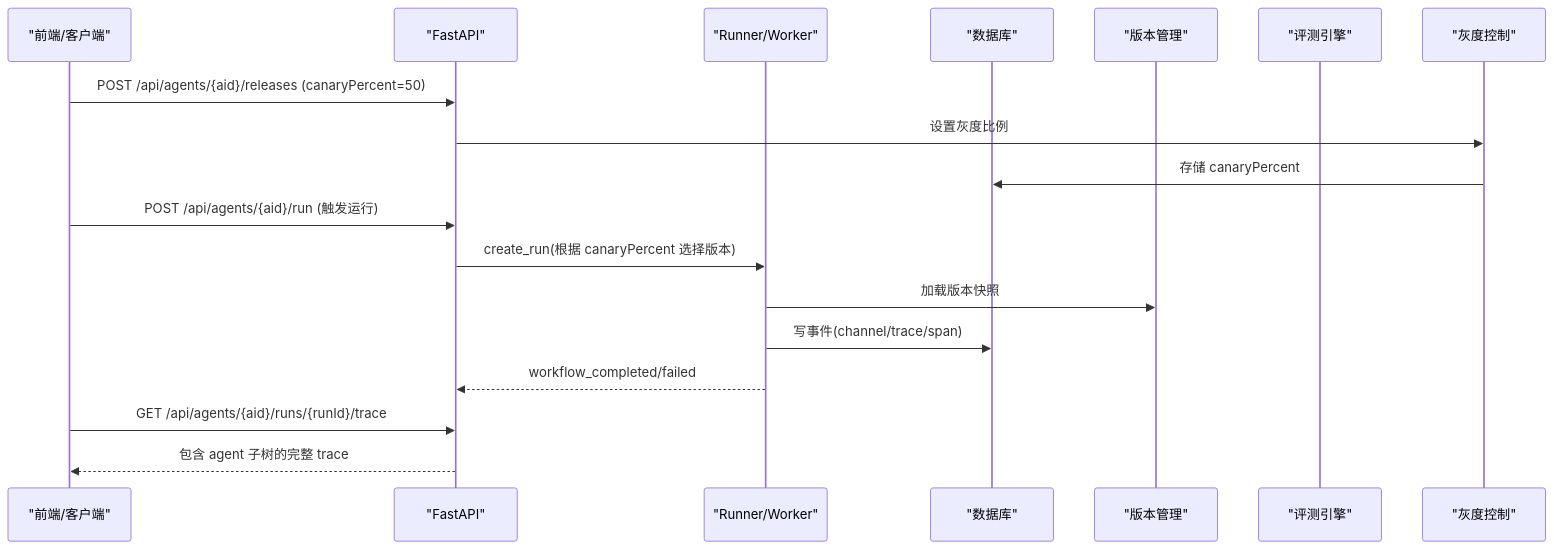
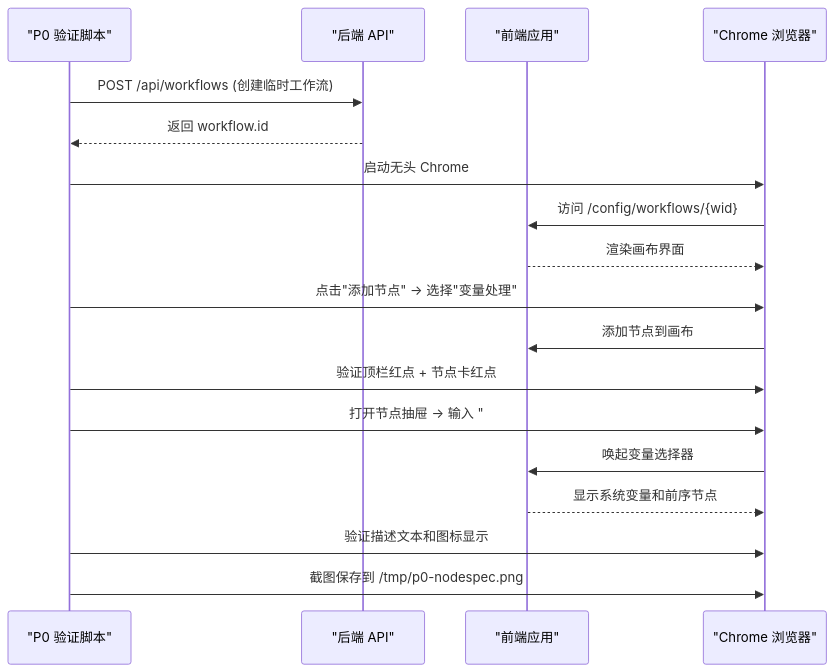
The second of 2 diagrams in .qoder/repowiki/zh/content/测试与验证体系.md (huiliuxu780/MoreThanCorn), drawn with Mermaid before and after one commit. The commit also changed other lines of this file and 53 other files, not shown here.

````diff
--- a/.qoder/repowiki/zh/content/测试与验证体系.md
+++ b/.qoder/repowiki/zh/content/测试与验证体系.md
@@ -214,20 +229,20 @@
 ```mermaid
 sequenceDiagram
-participant FE as "前端/客户端"
-participant API as "FastAPI"
-participant RUN as "Runner/Worker"
-participant DB as "数据库"
-participant VER as "版本管理"
-participant EVAL as "评测引擎"
-participant CANARY as "灰度控制"
-FE->>API : POST /api/agents/{aid}/releases (canaryPercent=50)
-API->>CANARY : 设置灰度比例
-CANARY->>DB : 存储 canaryPercent
-FE->>API : POST /api/agents/{aid}/run (触发运行)
-API->>RUN : create_run(根据 canaryPercent 选择版本)
-RUN->>VER : 加载版本快照
-RUN->>DB : 写事件(channel/trace/span)
-RUN-->>API : workflow_completed/failed
-FE->>API : GET /api/agents/{aid}/runs/{runId}/trace
-API-->>FE : 包含 agent 子树的完整 trace
+participant NP as "P0 验证脚本"
+participant API as "后端 API"
+participant FE as "前端应用"
+participant CHROME as "Chrome 浏览器"
+NP->>API : POST /api/workflows (创建临时工作流)
+API-->>NP : 返回 workflow.id
+NP->>CHROME : 启动无头 Chrome
+CHROME->>FE : 访问 /config/workflows/{wid}
+FE-->>CHROME : 渲染画布界面
+NP->>CHROME : 点击"添加节点" → 选择"变量处理"
+CHROME->>FE : 添加节点到画布
+NP->>CHROME : 验证顶栏红点 + 节点卡红点
+NP->>CHROME : 打开节点抽屉 → 输入 "#"
+CHROME->>FE : 唤起变量选择器
+FE-->>CHROME : 显示系统变量和前序节点
+NP->>CHROME : 验证描述文本和图标显示
+NP->>CHROME : 截图保存到 /tmp/p0-nodespec.png
 ```
````
